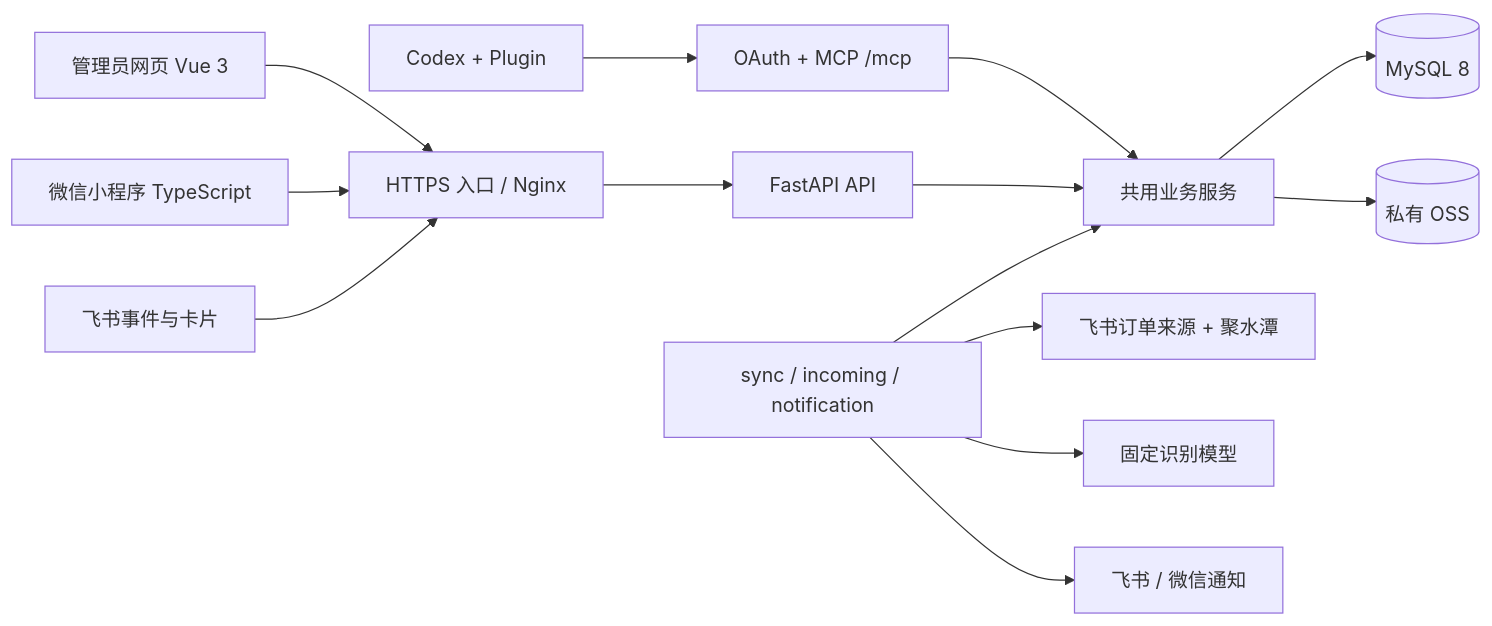
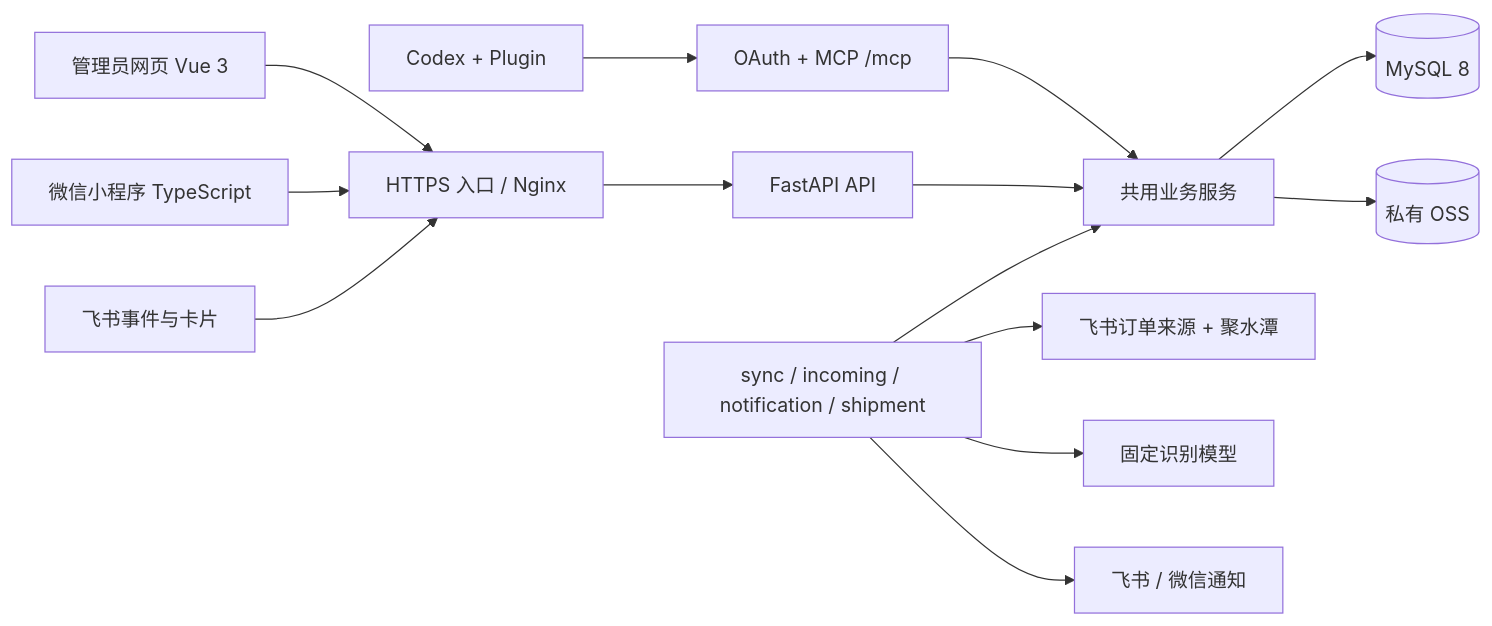
The diagram in docs/shared/delivery/系统说明与架构.md (kocotree/order_tracking), drawn with Mermaid before and after one commit. The commit also changed other lines of this file and 13 other files, not shown here.

````diff
--- a/docs/shared/delivery/系统说明与架构.md
+++ b/docs/shared/delivery/系统说明与架构.md
@@ -18,16 +18,16 @@
 ```mermaid
 flowchart LR
   Web[管理员网页 Vue 3] --> HTTPS[HTTPS 入口 / Nginx]
   Mini[微信小程序 TypeScript] --> HTTPS
   Codex[Codex + Plugin] --> MCP[OAuth + MCP /mcp]
   Feishu[飞书事件与卡片] --> HTTPS
   HTTPS --> API[FastAPI API]
   MCP --> Services[共用业务服务]
   API --> Services
   Services --> DB[(MySQL 8)]
   Services --> OSS[(私有 OSS)]
-  Workers[sync / incoming / notification] --> Services
+  Workers[sync / incoming / notification / shipment] --> Services
   Workers --> Source[飞书订单来源 + 聚水潭]
   Workers --> Vision[固定识别模型]
   Workers --> Notify[飞书 / 微信通知]
 ```
````
